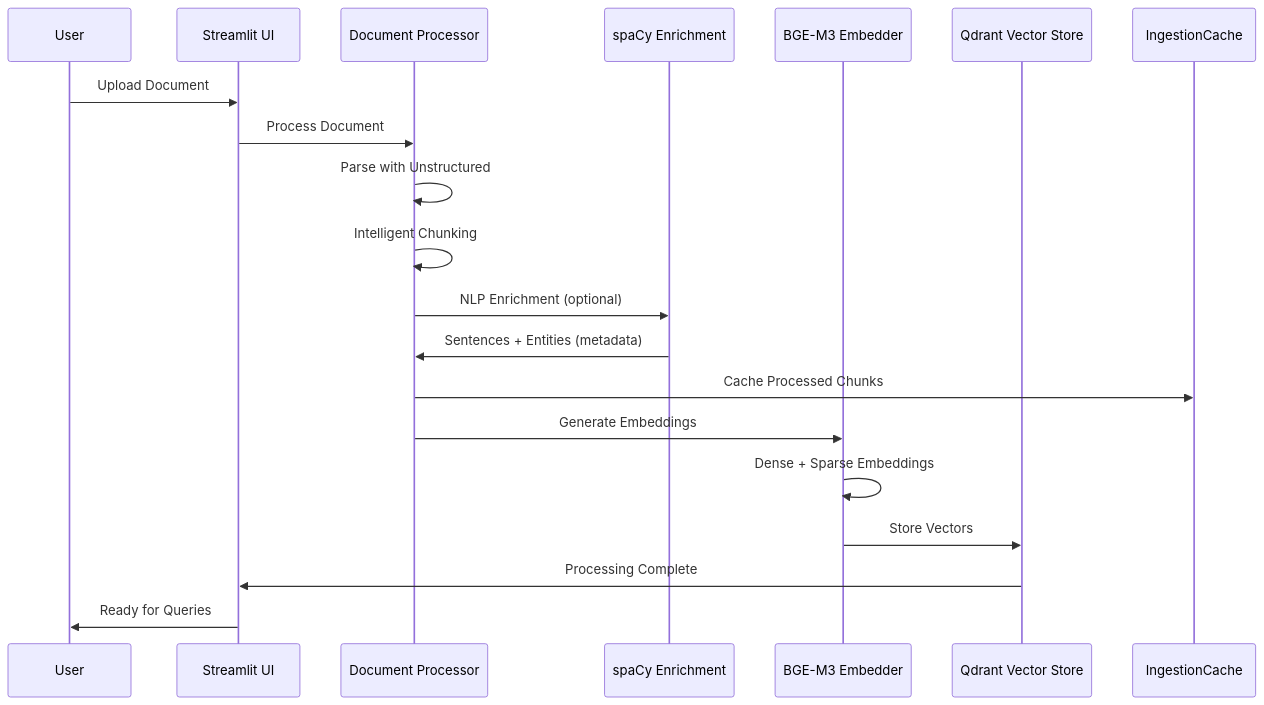
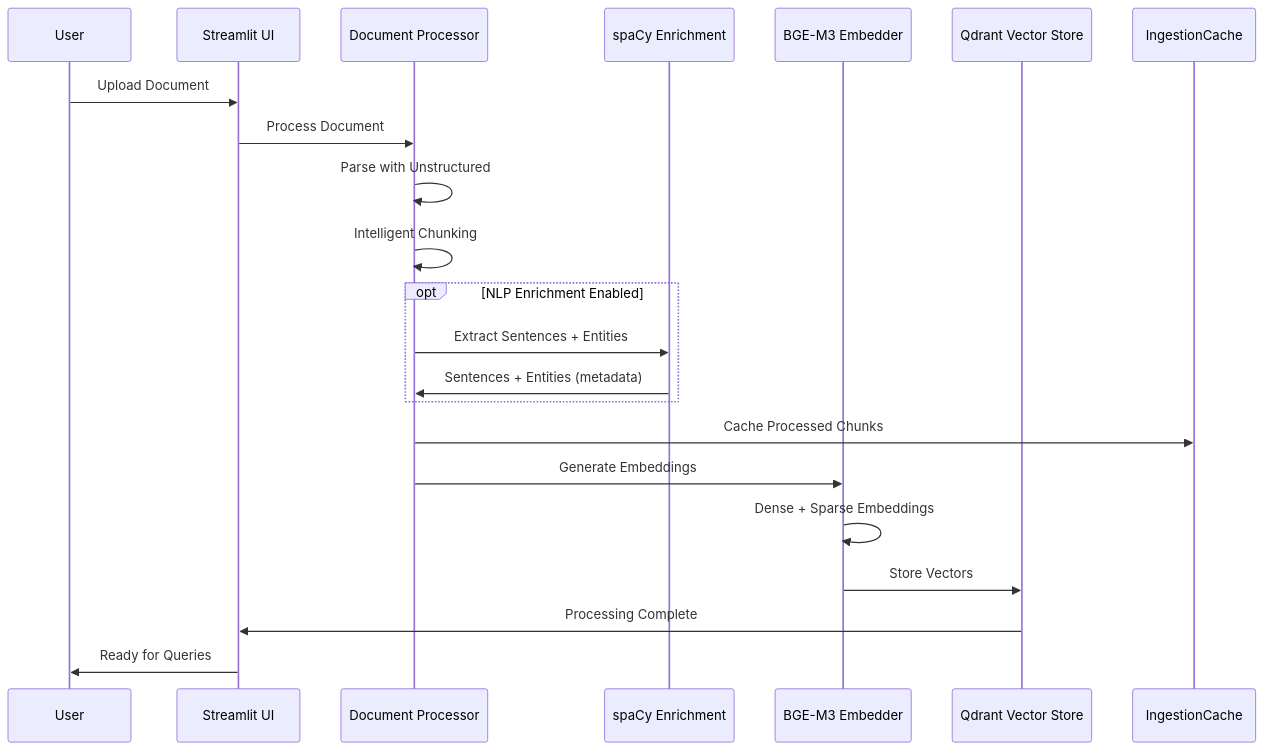
One commit to BjornMelin/docmind-ai-llm changed the sixth of 7 diagrams in docs/developers/system-architecture.md. Above: the diagram before and after it, drawn with Mermaid. The commit also changed other lines of this file and 14 other files, not shown here.

````diff
--- a/docs/developers/system-architecture.md
+++ b/docs/developers/system-architecture.md
@@ -440,26 +443,28 @@
 ```mermaid
 sequenceDiagram
     participant U as User
     participant UI as Streamlit UI
     participant DP as Document Processor
     participant NLP as spaCy Enrichment
     participant EMB as BGE-M3 Embedder
     participant VS as Qdrant Vector Store
     participant CACHE as IngestionCache
 
     U->>UI: Upload Document
     UI->>DP: Process Document
 
     DP->>DP: Parse with Unstructured
     DP->>DP: Intelligent Chunking
-    DP->>NLP: NLP Enrichment (optional)
-    NLP->>DP: Sentences + Entities (metadata)
+    opt NLP Enrichment Enabled
+        DP->>NLP: Extract Sentences + Entities
+        NLP->>DP: Sentences + Entities (metadata)
+    end
     DP->>CACHE: Cache Processed Chunks
 
     DP->>EMB: Generate Embeddings
     EMB->>EMB: Dense + Sparse Embeddings
     EMB->>VS: Store Vectors
 
     VS->>UI: Processing Complete
     UI->>U: Ready for Queries
 ```
````
